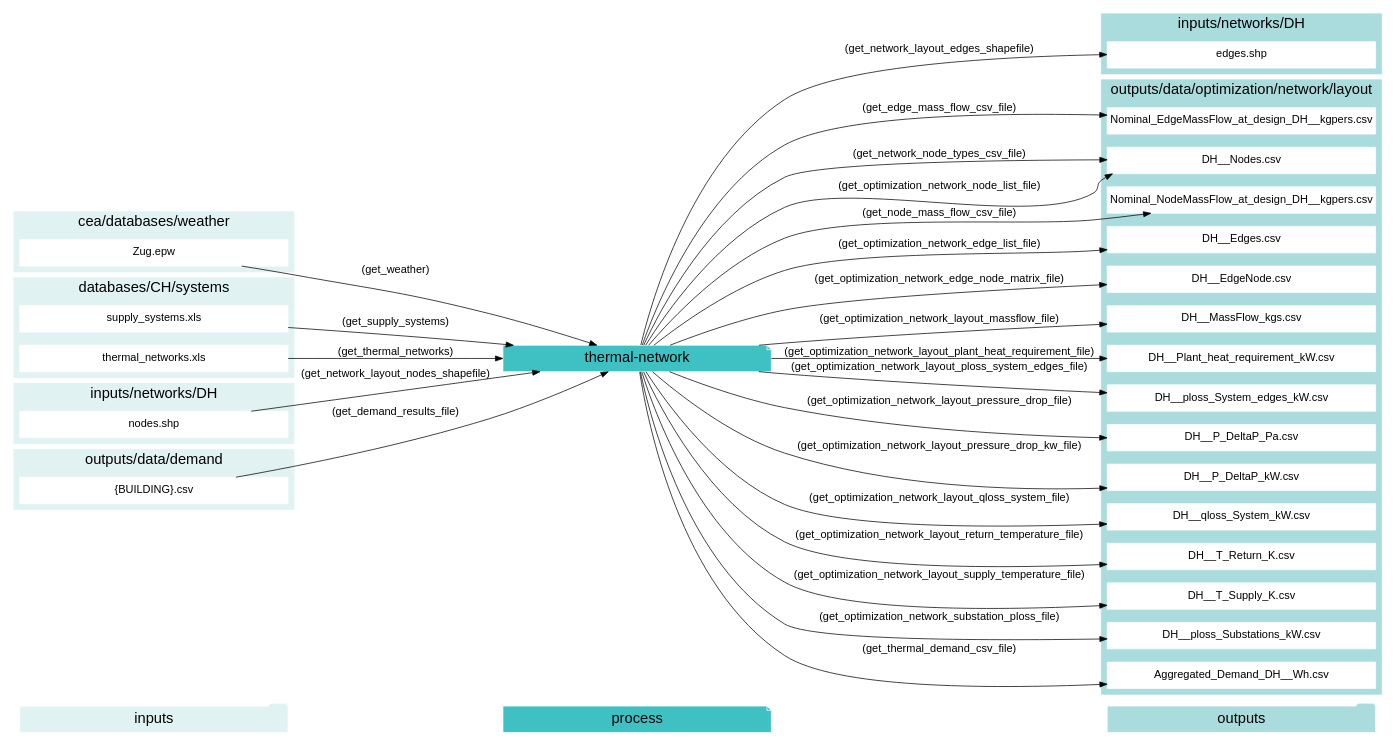
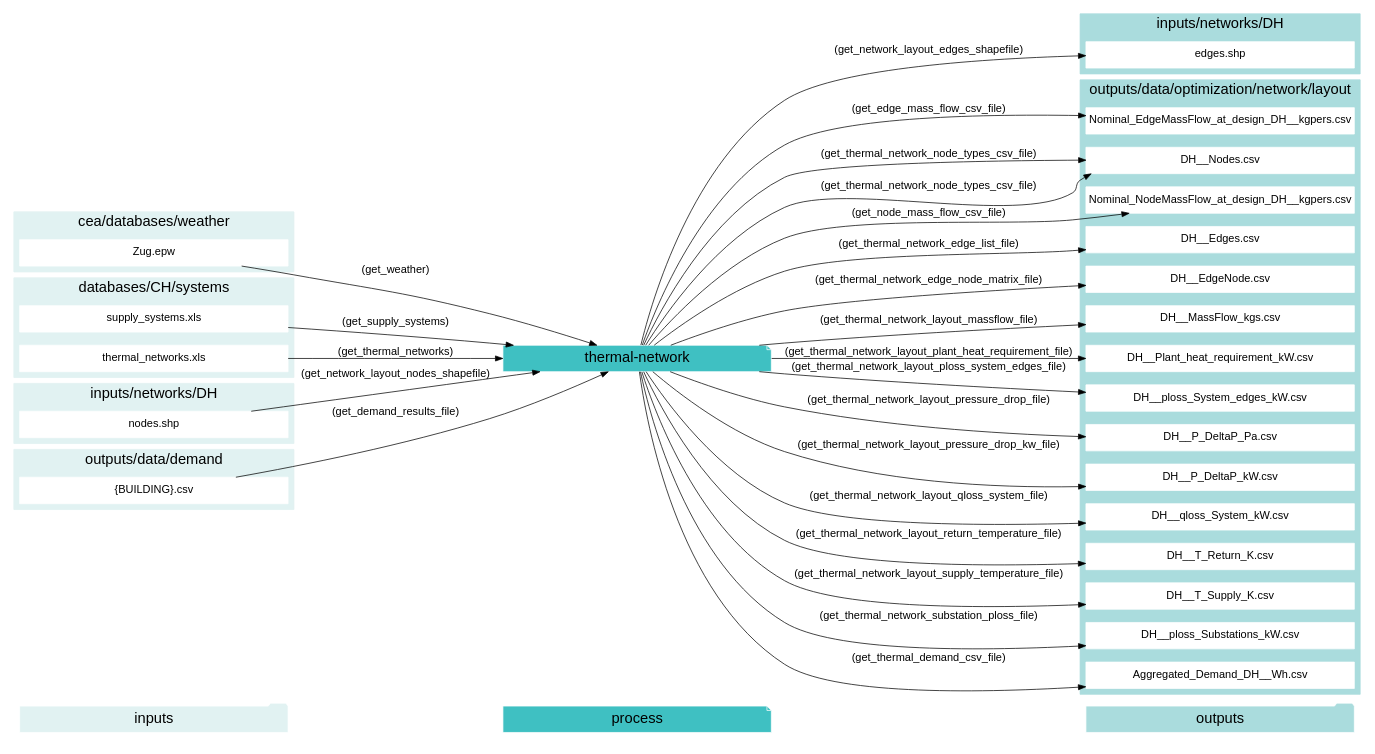
One commit to architecture-building-systems/CityEnergyAnalyst changed the diagram in docs/script_dependencies/thermal-network.gv. Above: the diagram before and after it, drawn with Graphviz. The commit also changed 14 other files, not shown here.

```diff
--- a/docs/script_dependencies/thermal-network.gv
+++ b/docs/script_dependencies/thermal-network.gv
@@ -1,103 +1,103 @@
 digraph trace_inputlocator {
     rankdir="LR";
     graph [overlap=false, fontname=arial];
     node [shape=box, style=filled, color=white, fontsize=15, fontname=arial, fixedsize=true, width=5.085];
     edge [fontname=arial, fontsize = 15]
     newrank=true
     subgraph cluster_legend {
     fontsize=25
     style=invis
     "process"[style=filled, fillcolor="#3FC0C2", shape=note, fontsize=20, fontname="arial"]
     "inputs" [style=filled, shape=folder, color=white, fillcolor="#E1F2F2", fontsize=20]
     "outputs"[style=filled, shape=folder, color=white, fillcolor="#aadcdd", fontsize=20]
     "inputs"->"process"[style=invis]
     "process"->"outputs"[style=invis]
     }
     "thermal-network"[style=filled, color=white, fillcolor="#3FC0C2", shape=note, fontsize=20, fontname=arial];
     subgraph cluster_0_in {
         style = filled;
         color = "#E1F2F2";
         fontsize = 20;
         rank=same;
         label="cea/databases/weather";
         "Zug.epw"
     }
     subgraph cluster_1_in {
         style = filled;
         color = "#E1F2F2";
         fontsize = 20;
         rank=same;
         label="databases/CH/systems";
         "supply_systems.xls"
         "thermal_networks.xls"
     }
     subgraph cluster_2_in {
         style = filled;
         color = "#E1F2F2";
         fontsize = 20;
         rank=same;
         label="inputs/networks/DH";
         "nodes.shp"
     }
     subgraph cluster_2_out {
         style = filled;
         color = "#aadcdd";
         fontsize = 20;
         rank=same;
         label="inputs/networks/DH";
         "edges.shp"
     }
     subgraph cluster_3_in {
         style = filled;
         color = "#E1F2F2";
         fontsize = 20;
         rank=same;
         label="outputs/data/demand";
         "{BUILDING}.csv"
     }
     subgraph cluster_4_out {
         style = filled;
         color = "#aadcdd";
         fontsize = 20;
         rank=same;
         label="outputs/data/optimization/network/layout";
         "Nominal_EdgeMassFlow_at_design_DH__kgpers.csv"
         "DH__Nodes.csv"
         "Nominal_NodeMassFlow_at_design_DH__kgpers.csv"
         "DH__Edges.csv"
         "DH__EdgeNode.csv"
         "DH__MassFlow_kgs.csv"
         "DH__Plant_heat_requirement_kW.csv"
         "DH__ploss_System_edges_kW.csv"
         "DH__P_DeltaP_Pa.csv"
         "DH__P_DeltaP_kW.csv"
         "DH__qloss_System_kW.csv"
         "DH__T_Return_K.csv"
         "DH__T_Supply_K.csv"
         "DH__Nodes.csv"
         "DH__ploss_Substations_kW.csv"
         "Aggregated_Demand_DH__Wh.csv"
     }
     "{BUILDING}.csv" -> "thermal-network"[label="(get_demand_results_file)"]
     "nodes.shp" -> "thermal-network"[label="(get_network_layout_nodes_shapefile)"]
     "supply_systems.xls" -> "thermal-network"[label="(get_supply_systems)"]
     "thermal_networks.xls" -> "thermal-network"[label="(get_thermal_networks)"]
     "Zug.epw" -> "thermal-network"[label="(get_weather)"]
     "thermal-network" -> "Nominal_EdgeMassFlow_at_design_DH__kgpers.csv"[label="(get_edge_mass_flow_csv_file)"]
     "thermal-network" -> "edges.shp"[label="(get_network_layout_edges_shapefile)"]
-    "thermal-network" -> "DH__Nodes.csv"[label="(get_network_node_types_csv_file)"]
+    "thermal-network" -> "DH__Nodes.csv"[label="(get_thermal_network_node_types_csv_file)"]
     "thermal-network" -> "Nominal_NodeMassFlow_at_design_DH__kgpers.csv"[label="(get_node_mass_flow_csv_file)"]
-    "thermal-network" -> "DH__Edges.csv"[label="(get_optimization_network_edge_list_file)"]
-    "thermal-network" -> "DH__EdgeNode.csv"[label="(get_optimization_network_edge_node_matrix_file)"]
-    "thermal-network" -> "DH__MassFlow_kgs.csv"[label="(get_optimization_network_layout_massflow_file)"]
-    "thermal-network" -> "DH__Plant_heat_requirement_kW.csv"[label="(get_optimization_network_layout_plant_heat_requirement_file)"]
-    "thermal-network" -> "DH__ploss_System_edges_kW.csv"[label="(get_optimization_network_layout_ploss_system_edges_file)"]
-    "thermal-network" -> "DH__P_DeltaP_Pa.csv"[label="(get_optimization_network_layout_pressure_drop_file)"]
-    "thermal-network" -> "DH__P_DeltaP_kW.csv"[label="(get_optimization_network_layout_pressure_drop_kw_file)"]
-    "thermal-network" -> "DH__qloss_System_kW.csv"[label="(get_optimization_network_layout_qloss_system_file)"]
-    "thermal-network" -> "DH__T_Return_K.csv"[label="(get_optimization_network_layout_return_temperature_file)"]
-    "thermal-network" -> "DH__T_Supply_K.csv"[label="(get_optimization_network_layout_supply_temperature_file)"]
-    "thermal-network" -> "DH__Nodes.csv"[label="(get_optimization_network_node_list_file)"]
-    "thermal-network" -> "DH__ploss_Substations_kW.csv"[label="(get_optimization_network_substation_ploss_file)"]
+    "thermal-network" -> "DH__Edges.csv"[label="(get_thermal_network_edge_list_file)"]
+    "thermal-network" -> "DH__EdgeNode.csv"[label="(get_thermal_network_edge_node_matrix_file)"]
+    "thermal-network" -> "DH__MassFlow_kgs.csv"[label="(get_thermal_network_layout_massflow_file)"]
+    "thermal-network" -> "DH__Plant_heat_requirement_kW.csv"[label="(get_thermal_network_layout_plant_heat_requirement_file)"]
+    "thermal-network" -> "DH__ploss_System_edges_kW.csv"[label="(get_thermal_network_layout_ploss_system_edges_file)"]
+    "thermal-network" -> "DH__P_DeltaP_Pa.csv"[label="(get_thermal_network_layout_pressure_drop_file)"]
+    "thermal-network" -> "DH__P_DeltaP_kW.csv"[label="(get_thermal_network_layout_pressure_drop_kw_file)"]
+    "thermal-network" -> "DH__qloss_System_kW.csv"[label="(get_thermal_network_layout_qloss_system_file)"]
+    "thermal-network" -> "DH__T_Return_K.csv"[label="(get_thermal_network_layout_return_temperature_file)"]
+    "thermal-network" -> "DH__T_Supply_K.csv"[label="(get_thermal_network_layout_supply_temperature_file)"]
+    "thermal-network" -> "DH__Nodes.csv"[label="(get_thermal_network_node_types_csv_file)"]
+    "thermal-network" -> "DH__ploss_Substations_kW.csv"[label="(get_thermal_network_substation_ploss_file)"]
     "thermal-network" -> "Aggregated_Demand_DH__Wh.csv"[label="(get_thermal_demand_csv_file)"]
     }
```
